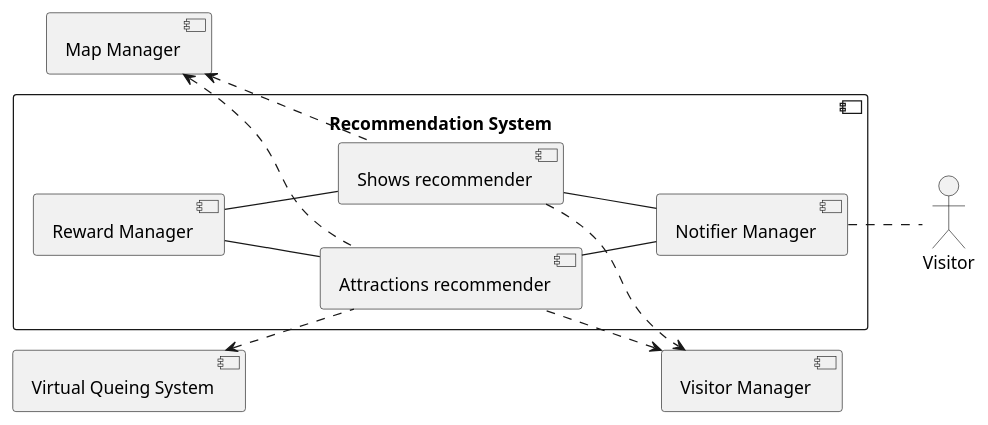
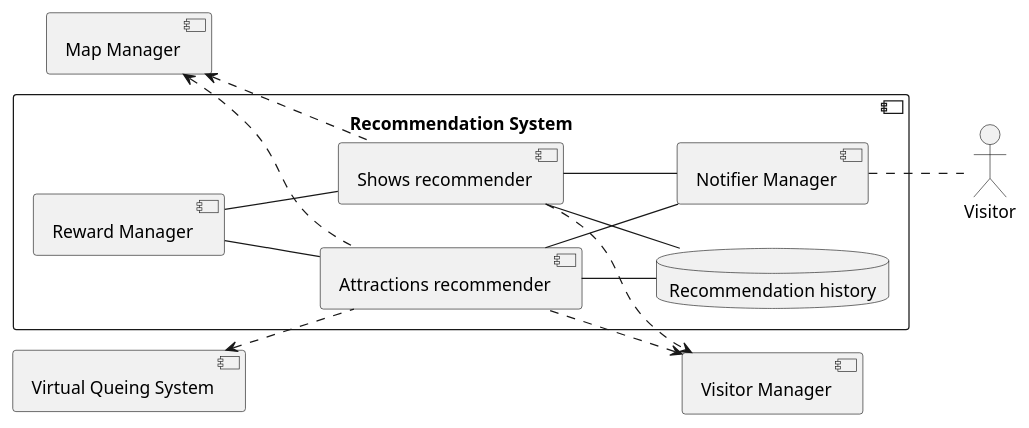
The diagram in doc/res/recommender.puml (ICPS-MicroCity/amusement-park-analysis), drawn with PlantUML before and after one commit. The commit also changed 1 other file, not shown here.

Commit message:
docs: edit recommender image with persistency reference

```diff
--- a/doc/res/recommender.puml
+++ b/doc/res/recommender.puml
@@ -1,34 +1,38 @@
 @startuml recommender
 left to right direction
 
 component "Map Manager" as map_manager
 component "Virtual Queing System" as virtual_queing
 component "Visitor Manager" as visitor_manager
 
 component "Recommendation System" {
     left to right direction
+    component "Attractions recommender" as attractions_recommender
+    database "Recommendation history" as recommendation_history    
     component "Notifier Manager" as notifier_manager
-    component "Attractions recommender" as attractions_recommender
+    component "Reward Manager" as reward_manager
     component "Shows recommender" as shows_recommender
-    component "Reward Manager" as reward_manager
 }
 
 actor "Visitor" as visitor
+
+shows_recommender -- recommendation_history
+attractions_recommender -- recommendation_history
 
 attractions_recommender .up.> virtual_queing
 
 visitor_manager <.down. attractions_recommender
 shows_recommender .down.> visitor_manager
 
 attractions_recommender .up.> map_manager
 shows_recommender .up.> map_manager
 
 reward_manager -- attractions_recommender
 reward_manager -- shows_recommender
 
 attractions_recommender -- notifier_manager
 shows_recommender -- notifier_manager
 
 notifier_manager .. visitor
 
 @enduml
```
